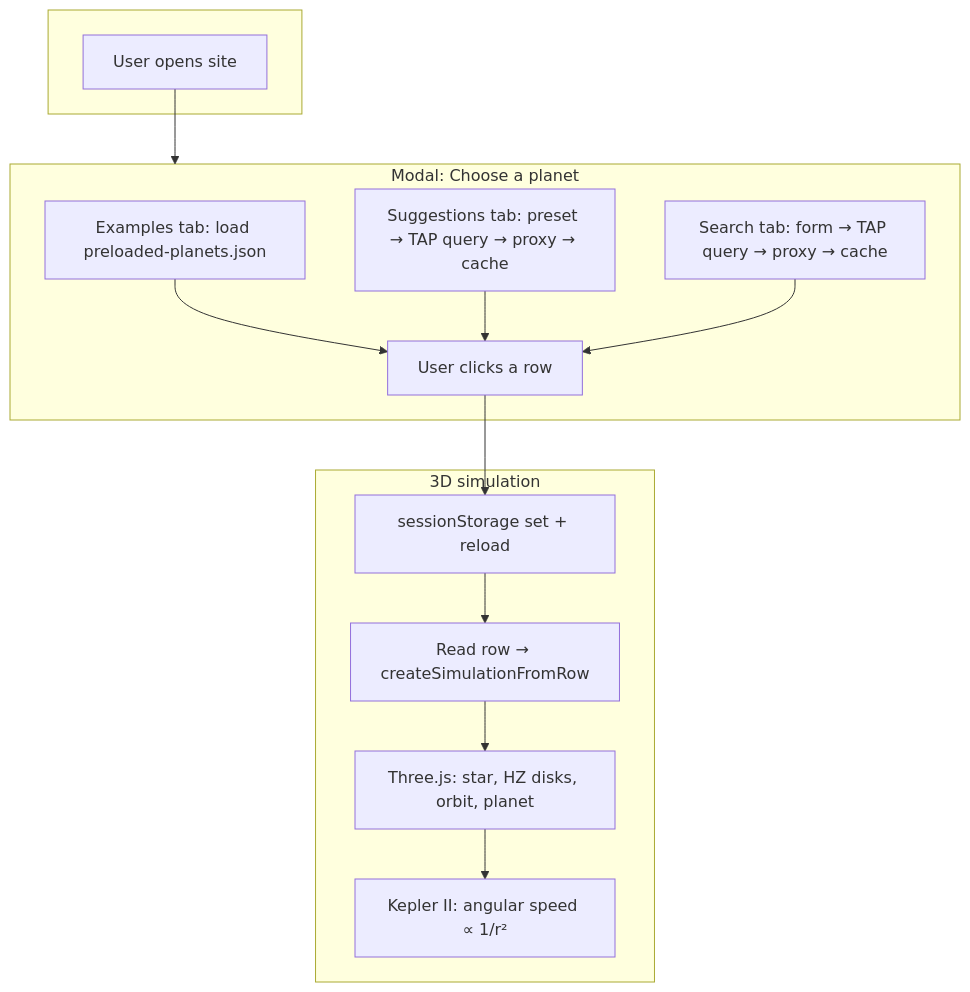
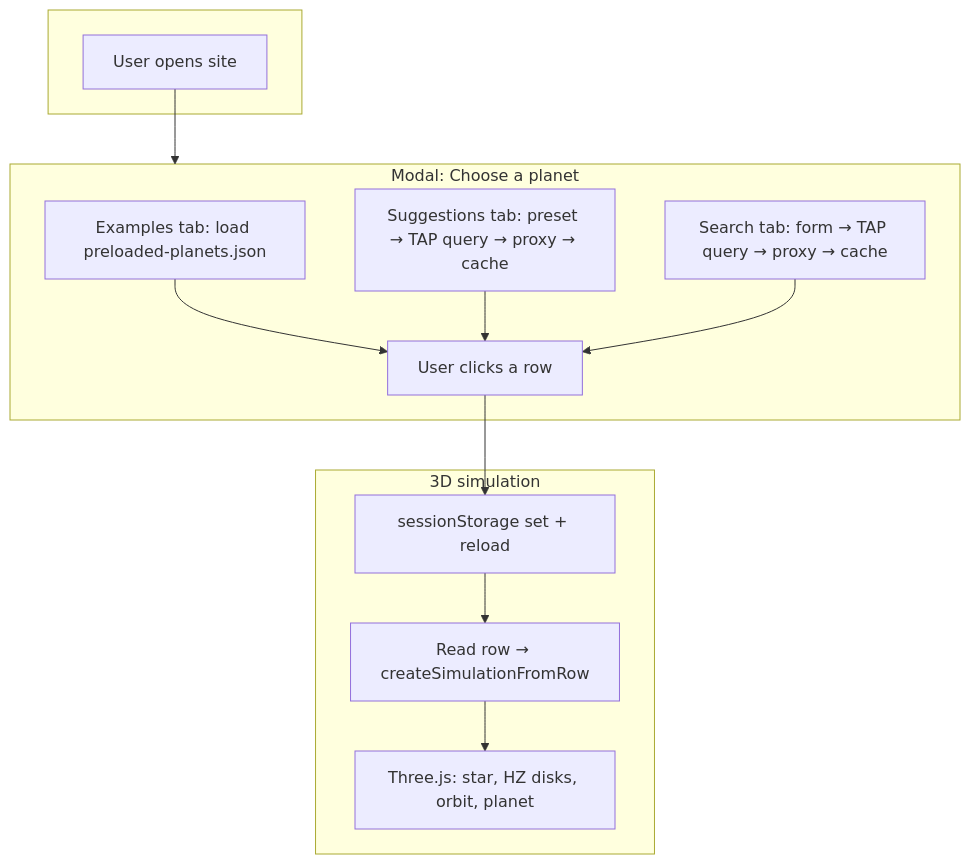
The diagram in docs/SYSTEM_DESIGN.md (kathirmeyyappan/goldilocks-sim), drawn with Mermaid before and after one commit. The commit also changed other lines of this file and 1 other file, not shown here.

````diff
--- a/docs/SYSTEM_DESIGN.md
+++ b/docs/SYSTEM_DESIGN.md
@@ -19,29 +19,27 @@
 ```mermaid
 flowchart TB
     subgraph USER[" "]
         A[User opens site]
     end
 
     subgraph MODAL["Modal: Choose a planet"]
         EX[Examples tab: load preloaded-planets.json]
         SUG[Suggestions tab: preset → TAP query → proxy → cache]
         SRCH[Search tab: form → TAP query → proxy → cache]
         CLICK[User clicks a row]
     end
 
     subgraph VIZ["3D simulation"]
         STORE[sessionStorage set + reload]
         RENDER[Read row → createSimulationFromRow]
         SCENE[Three.js: star, HZ disks, orbit, planet]
-        KEPLER[Kepler II: angular speed ∝ 1/r²]
     end
 
     A --> MODAL
     EX --> CLICK
     SUG --> CLICK
     SRCH --> CLICK
     CLICK --> STORE
     STORE --> RENDER
     RENDER --> SCENE
-    SCENE --> KEPLER
 ```
````
